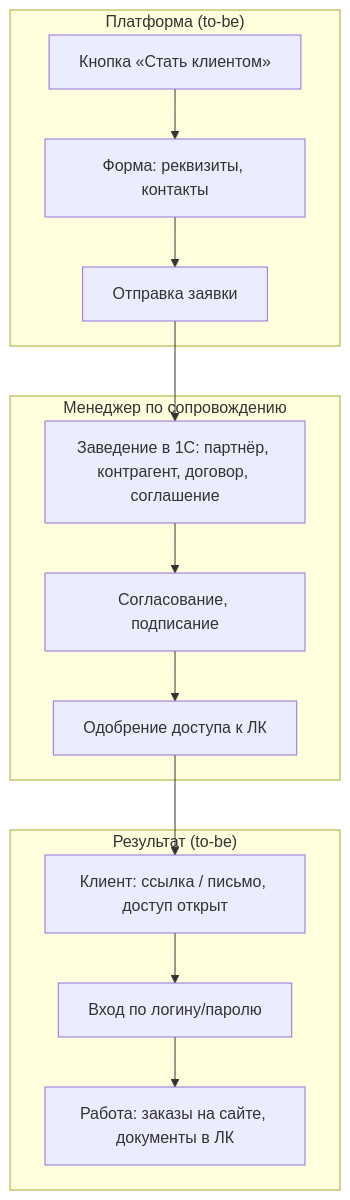
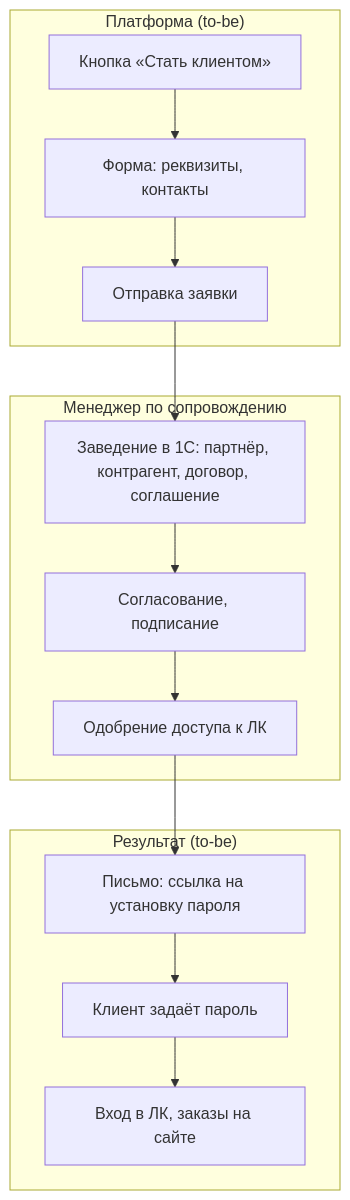
Before and after one commit to 1dotblack/palizh-analytics: the first of 2 diagrams in ЧТЗ/05_регистрация_онбординг.md, drawn with Mermaid. The commit also changed other lines of this file and 213 other files, not shown here.

````diff
--- a/ЧТЗ/05_регистрация_онбординг.md
+++ b/ЧТЗ/05_регистрация_онбординг.md
@@ -36,19 +36,19 @@
 ```mermaid
 flowchart TB
     subgraph Платформа_цель["Платформа (to-be)"]
         A[Кнопка «Стать клиентом»] --> B[Форма: реквизиты, контакты]
         B --> C[Отправка заявки]
     end
 
     subgraph Менеджер["Менеджер по сопровождению"]
         C --> D[Заведение в 1С: партнёр, контрагент, договор, соглашение]
         D --> H[Согласование, подписание]
         H --> I[Одобрение доступа к ЛК]
     end
 
     subgraph Результат["Результат (to-be)"]
-        I --> J[Клиент: ссылка / письмо, доступ открыт]
-        J --> K[Вход по логину/паролю]
-        K --> L[Работа: заказы на сайте, документы в ЛК]
+        I --> J[Письмо: ссылка на установку пароля]
+        J --> K[Клиент задаёт пароль]
+        K --> L[Вход в ЛК, заказы на сайте]
     end
 ```
````
